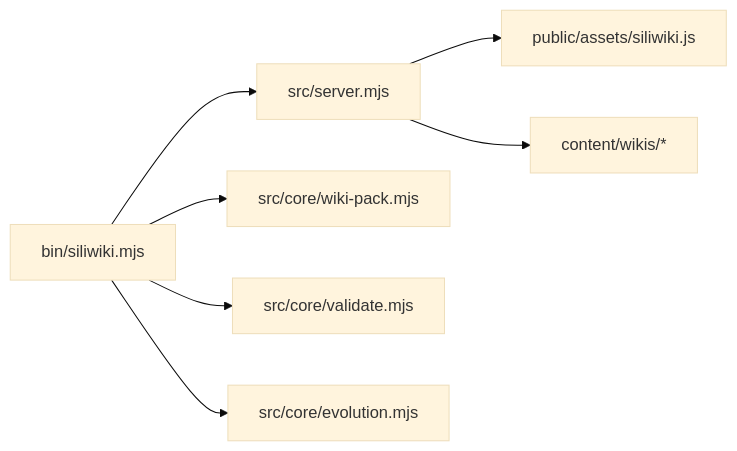
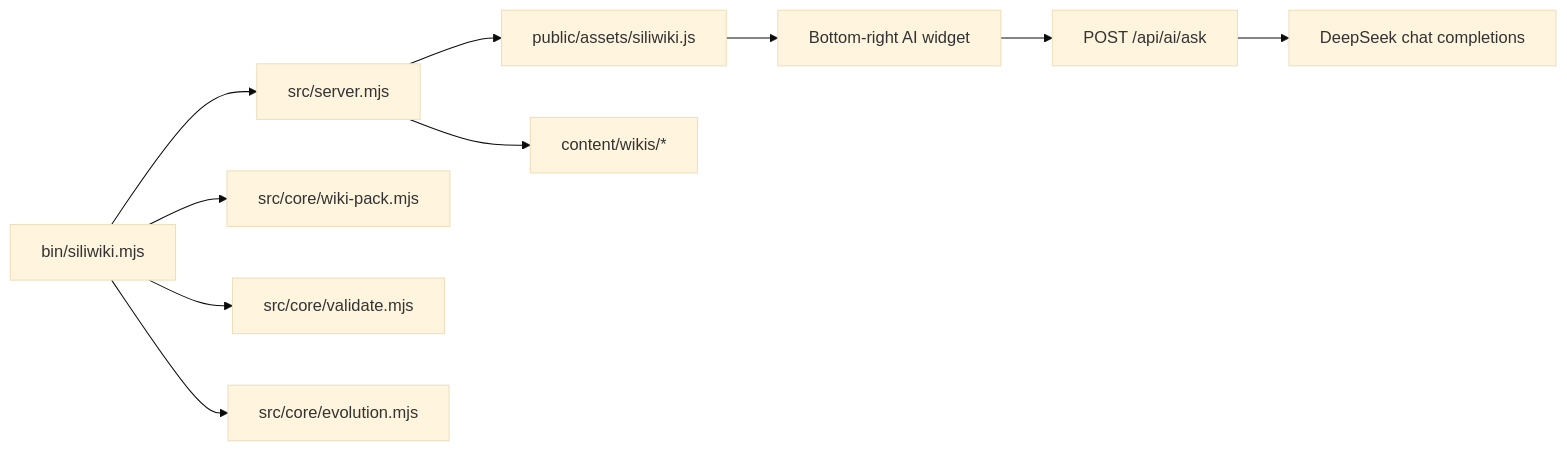
One commit to Yvnminc/SiliWiki changed the second of 3 diagrams in docs/ARCHITECTURE.md. Above: the diagram before and after it, drawn with Mermaid (base theme). The commit also changed other lines of this file and 8 other files, not shown here.

Commit message:
feat: add DeepSeek wiki Q&A assistant

````diff
--- a/docs/ARCHITECTURE.md
+++ b/docs/ARCHITECTURE.md
@@ -27,9 +31,12 @@
 ```mermaid
 graph LR
     CLI[bin/siliwiki.mjs] --> Server[src/server.mjs]
     CLI --> Pack[src/core/wiki-pack.mjs]
     CLI --> Validate[src/core/validate.mjs]
     CLI --> Evolution[src/core/evolution.mjs]
     Server --> Reader[public/assets/siliwiki.js]
     Server --> Content[content/wikis/*]
+    Reader --> Chat[Bottom-right AI widget]
+    Chat --> Ask[POST /api/ai/ask]
+    Ask --> DeepSeek[DeepSeek chat completions]
 ```
````
